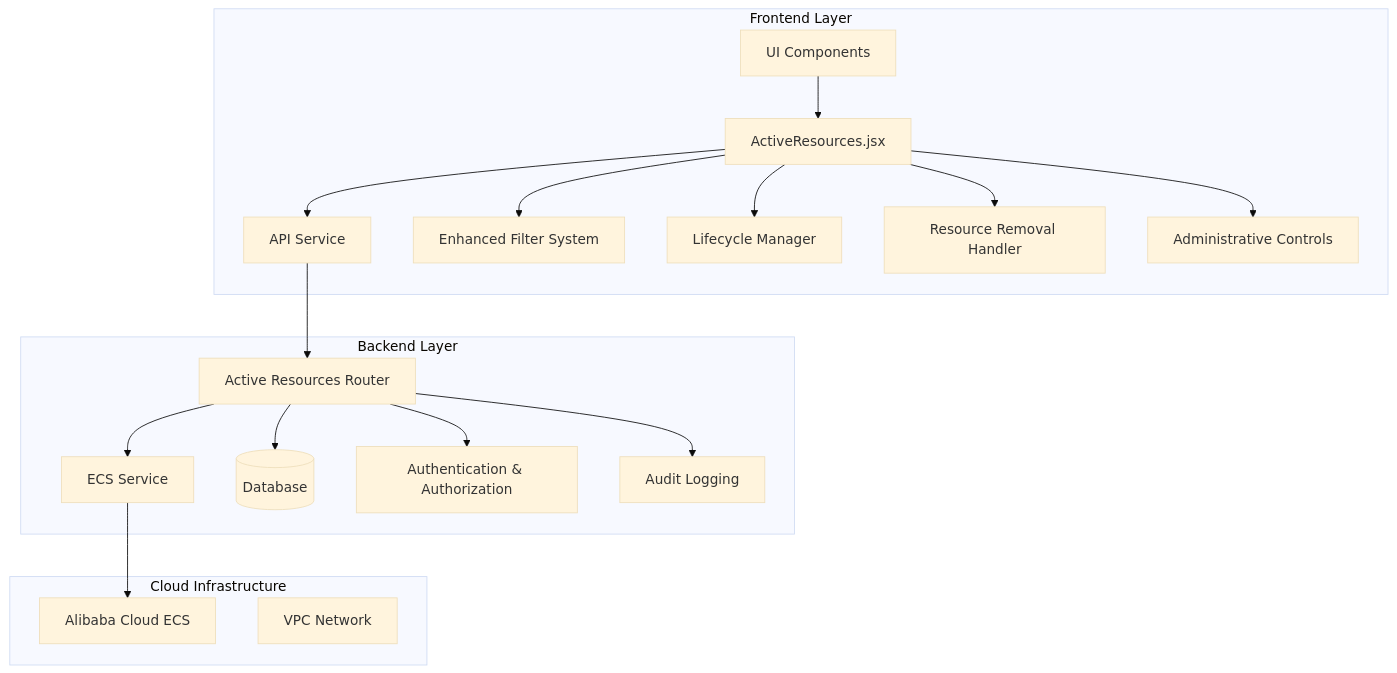
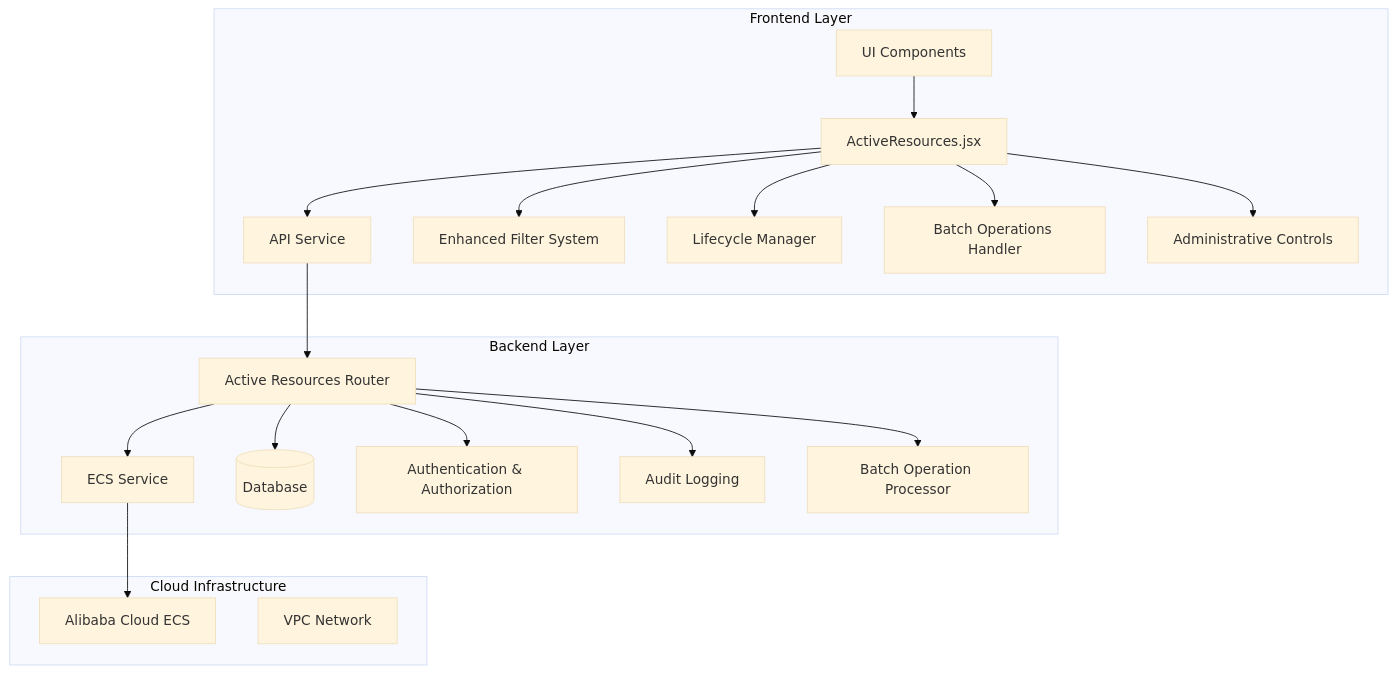
Before and after one commit to 14Lucifer/hackathon_ecs_creator: the first of 6 diagrams in .qoder/repowiki/en/content/Frontend Development/Page Components & Routing/Active Resource Monitoring.md, drawn with Mermaid (base theme). The commit also changed other lines of this file and 96 other files, not shown here.

````diff
--- a/.qoder/repowiki/en/content/Frontend Development/Page Components & Routing/Active Resource Monitoring.md
+++ b/.qoder/repowiki/en/content/Frontend Development/Page Components & Routing/Active Resource Monitoring.md
@@ -46,35 +46,37 @@
 ```mermaid
 graph TB
 subgraph "Frontend Layer"
 AR[ActiveResources.jsx]
 UI[UI Components]
 API[API Service]
 Filter[Enhanced Filter System]
 Lifecycle[Lifecycle Manager]
-Removal[Resource Removal Handler]
+BatchOps[Batch Operations Handler]
 Admin[Administrative Controls]
 end
 subgraph "Backend Layer"
 Router[Active Resources Router]
 ECS[ECS Service]
 DB[(Database)]
 Auth[Authentication & Authorization]
 Audit[Audit Logging]
+BatchProcessor[Batch Operation Processor]
 end
 subgraph "Cloud Infrastructure"
 ALI[Alibaba Cloud ECS]
 VPC[VPC Network]
 end
 AR --> API
 AR --> Filter
 AR --> Lifecycle
-AR --> Removal
+AR --> BatchOps
 AR --> Admin
 API --> Router
 Router --> ECS
 Router --> Auth
 Router --> Audit
+Router --> BatchProcessor
 ECS --> ALI
 Router --> DB
 UI --> AR
 ```
````
